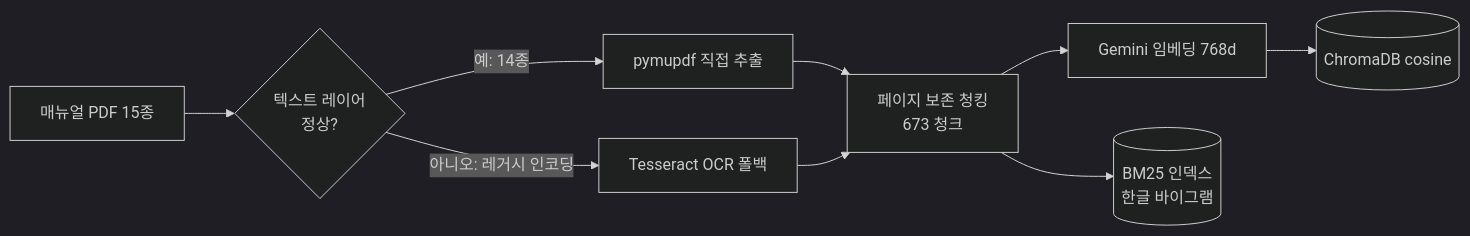
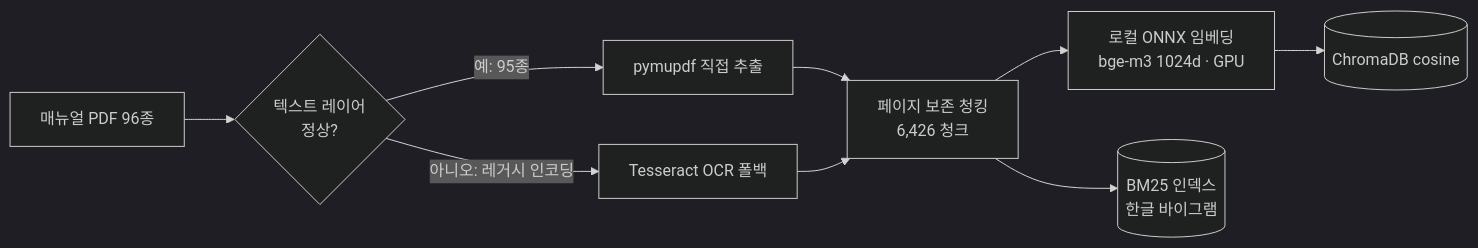
The first of 2 diagrams in README.md (youngsuchoi0930/manualgo), drawn with Mermaid (dark theme) before and after one commit. The commit also changed other lines of this file and 2 other files, not shown here.

````diff
--- a/README.md
+++ b/README.md
@@ -45,11 +46,11 @@
 ```mermaid
 flowchart LR
-    A[매뉴얼 PDF 15종] --> B{텍스트 레이어<br/>정상?}
-    B -- 예: 14종 --> C[pymupdf 직접 추출]
+    A[매뉴얼 PDF 96종] --> B{텍스트 레이어<br/>정상?}
+    B -- 예: 95종 --> C[pymupdf 직접 추출]
     B -- 아니오: 레거시 인코딩 --> D[Tesseract OCR 폴백]
-    C --> E[페이지 보존 청킹<br/>673 청크]
+    C --> E[페이지 보존 청킹<br/>6,426 청크]
     D --> E
-    E --> F[Gemini 임베딩 768d]
+    E --> F[로컬 ONNX 임베딩<br/>bge-m3 1024d · GPU]
     F --> G[(ChromaDB cosine)]
     E --> H[(BM25 인덱스<br/>한글 바이그램)]
 ```
````
